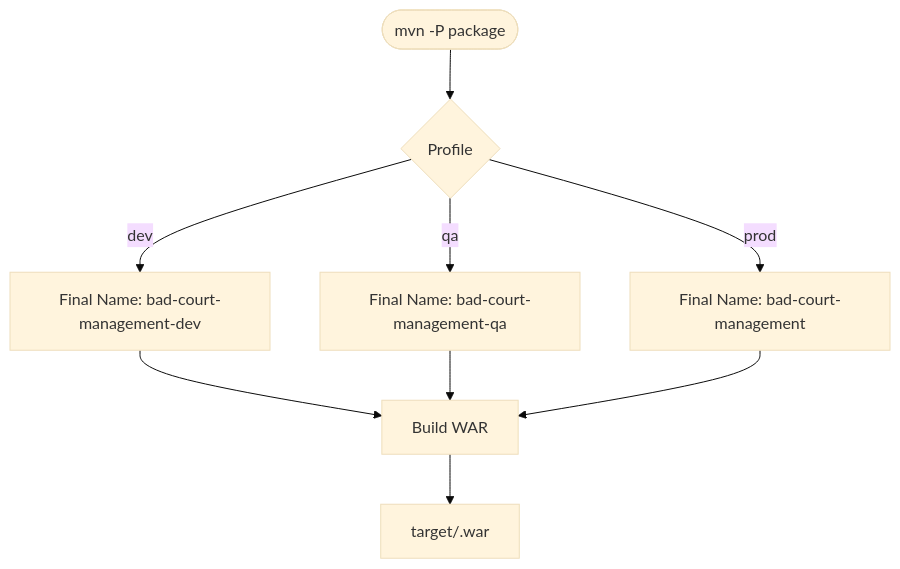
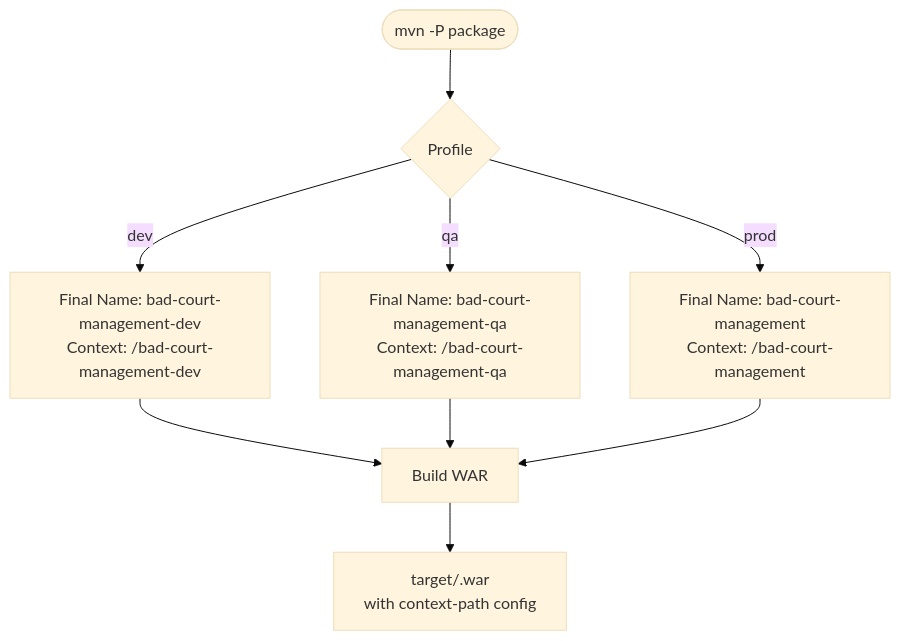
Before and after one commit to Vissel/badminton-court-management: the third of 10 diagrams in .qoder/repowiki/en/content/Deployment & Operations.md, drawn with Mermaid (base theme). The commit also changed other lines of this file and 36 other files, not shown here.

````diff
--- a/.qoder/repowiki/en/content/Deployment & Operations.md
+++ b/.qoder/repowiki/en/content/Deployment & Operations.md
@@ -145,11 +171,11 @@
 ```mermaid
 flowchart TD
 Start(["mvn -P<profile> package"]) --> SelectProfile{"Profile"}
-SelectProfile --> |dev| DevFinal["Final Name: bad-court-management-dev"]
-SelectProfile --> |qa| QaFinal["Final Name: bad-court-management-qa"]
-SelectProfile --> |prod| ProdFinal["Final Name: bad-court-management"]
+SelectProfile --> |dev| DevFinal["Final Name: bad-court-management-dev<br/>Context: /bad-court-management-dev"]
+SelectProfile --> |qa| QaFinal["Final Name: bad-court-management-qa<br/>Context: /bad-court-management-qa"]
+SelectProfile --> |prod| ProdFinal["Final Name: bad-court-management<br/>Context: /bad-court-management"]
 DevFinal --> BuildWar["Build WAR"]
 QaFinal --> BuildWar
 ProdFinal --> BuildWar
-BuildWar --> Output["target/<finalName>.war"]
+BuildWar --> Output["target/<finalName>.war<br/>with context-path config"]
 ```
````
